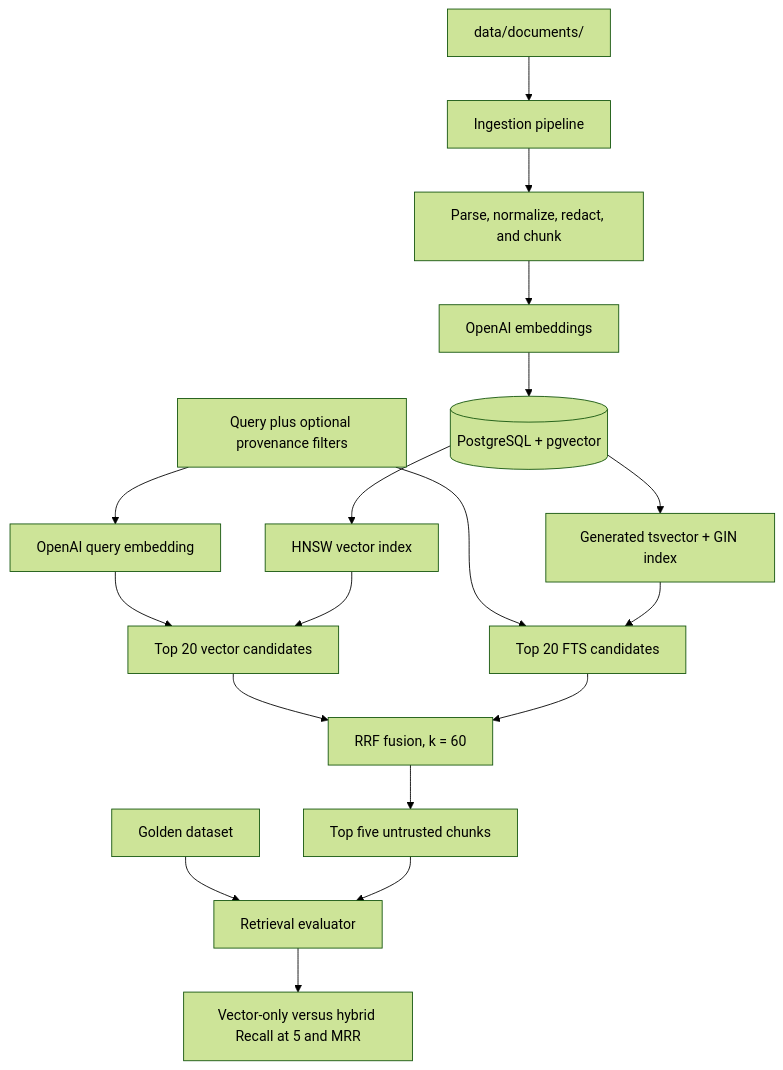
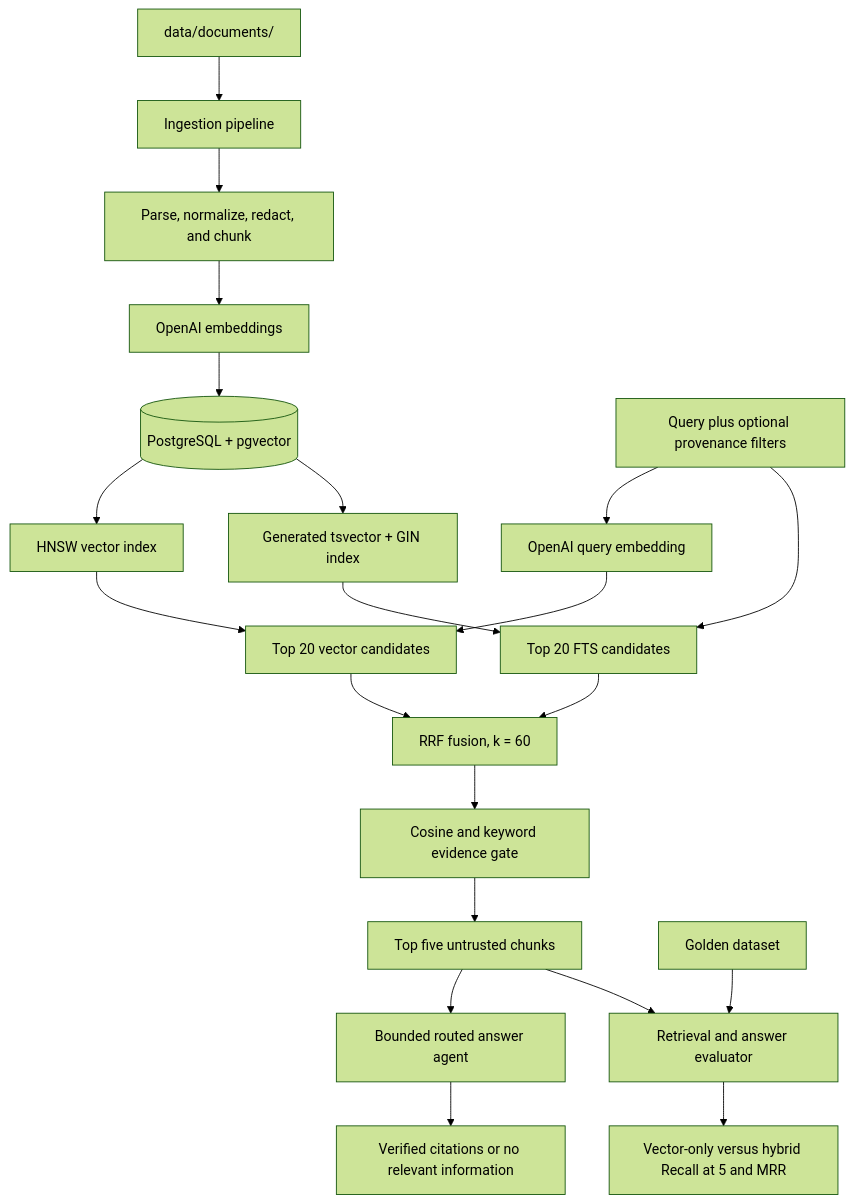
The diagram in projects/internal-tools/benchmark-cli-tool/docs/SYSTEM_FLOW.md (Hussein881/bmtechllc), drawn with Mermaid (forest theme) before and after one commit. The commit also changed other lines of this file and 37 other files, not shown here.

````diff
--- a/projects/internal-tools/benchmark-cli-tool/docs/SYSTEM_FLOW.md
+++ b/projects/internal-tools/benchmark-cli-tool/docs/SYSTEM_FLOW.md
@@ -12,22 +12,25 @@
 ```mermaid
 flowchart TD
     Documents[data/documents/] --> Ingest[Ingestion pipeline]
     Ingest --> Parse[Parse, normalize, redact, and chunk]
     Parse --> Embed[OpenAI embeddings]
     Embed --> Store[(PostgreSQL + pgvector)]
     Store --> VectorIndex[HNSW vector index]
     Store --> FTSIndex[Generated tsvector + GIN index]
 
     Query[Query plus optional provenance filters] --> QueryEmbed[OpenAI query embedding]
     QueryEmbed --> VectorSearch[Top 20 vector candidates]
     VectorIndex --> VectorSearch
     Query --> FTSSearch[Top 20 FTS candidates]
     FTSIndex --> FTSSearch
     VectorSearch --> RRF[RRF fusion, k = 60]
     FTSSearch --> RRF
-    RRF --> Chunks[Top five untrusted chunks]
+    RRF --> Gate[Cosine and keyword evidence gate]
+    Gate --> Chunks[Top five untrusted chunks]
+    Chunks --> Agent[Bounded routed answer agent]
+    Agent --> Answer[Verified citations or no relevant information]
 
-    Golden[Golden dataset] --> Evaluate[Retrieval evaluator]
+    Golden[Golden dataset] --> Evaluate[Retrieval and answer evaluator]
     Chunks --> Evaluate
     Evaluate --> Metrics[Vector-only versus hybrid Recall at 5 and MRR]
 ```
````
